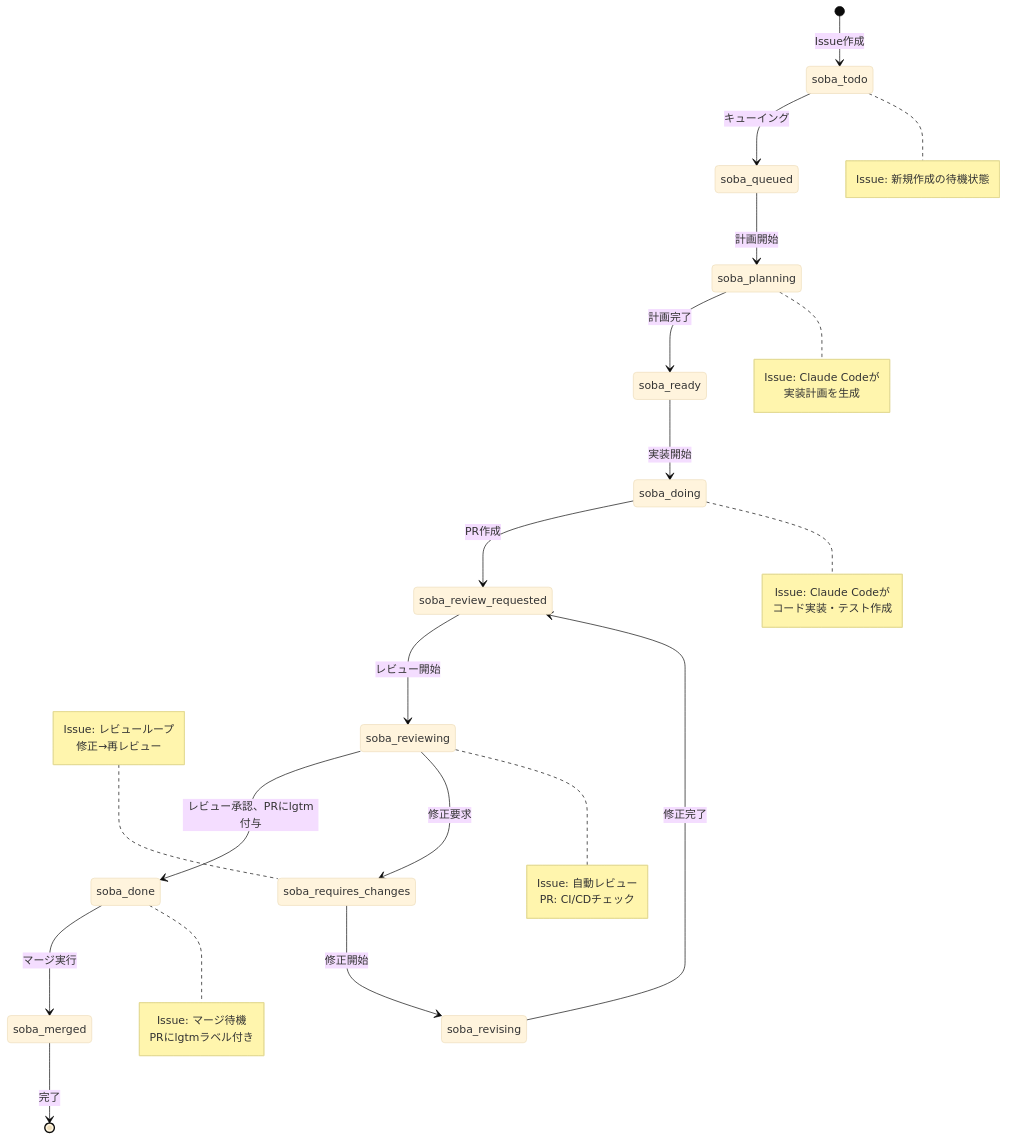
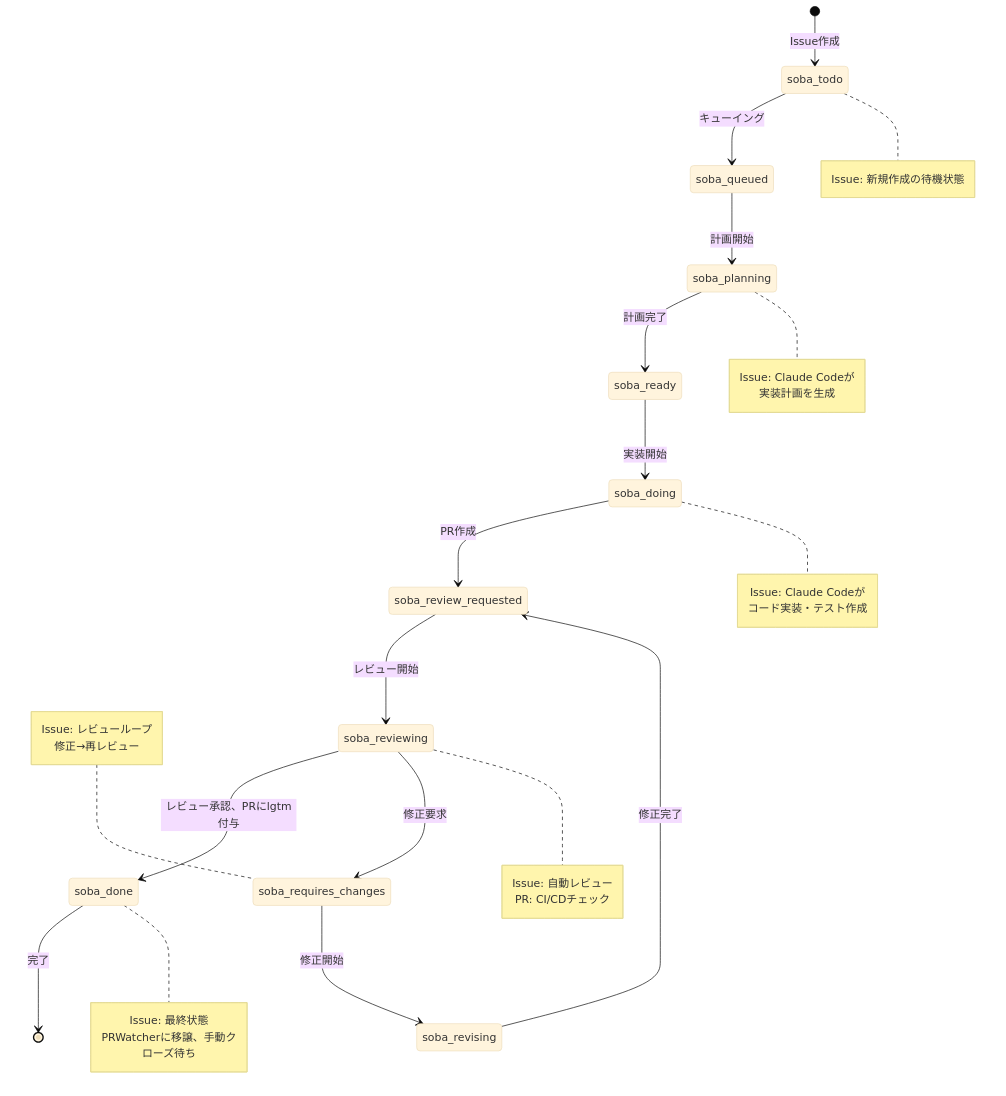
The first of 2 diagrams in docs/business/workflow.md (douhashi/soba), drawn with Mermaid (base theme) before and after one commit. The commit also changed other lines of this file and 17 other files, not shown here.

````diff
--- a/docs/business/workflow.md
+++ b/docs/business/workflow.md
@@ -72,45 +66,44 @@
 ```mermaid
 stateDiagram-v2
     [*] --> soba_todo: Issue作成
     soba_todo --> soba_queued: キューイング
     soba_queued --> soba_planning: 計画開始
     soba_planning --> soba_ready: 計画完了
     soba_ready --> soba_doing: 実装開始
     soba_doing --> soba_review_requested: PR作成
     soba_review_requested --> soba_reviewing: レビュー開始
     soba_reviewing --> soba_done: レビュー承認、PRにlgtm付与
     soba_reviewing --> soba_requires_changes: 修正要求
     soba_requires_changes --> soba_revising: 修正開始
     soba_revising --> soba_review_requested: 修正完了
-    soba_done --> soba_merged: マージ実行
-    soba_merged --> [*]: 完了
+    soba_done --> [*]: 完了
 
     note right of soba_todo
         Issue: 新規作成の待機状態
     end note
 
     note right of soba_planning
         Issue: Claude Codeが
         実装計画を生成
     end note
 
     note right of soba_doing
         Issue: Claude Codeが
         コード実装・テスト作成
     end note
 
     note right of soba_reviewing
         Issue: 自動レビュー
         PR: CI/CDチェック
     end note
 
     note right of soba_done
-        Issue: マージ待機
-        PRにlgtmラベル付き
+        Issue: 最終状態
+        PRWatcherに移譲、手動クローズ待ち
     end note
 
     note left of soba_requires_changes
         Issue: レビューループ
         修正→再レビュー
     end note
 ```
````
